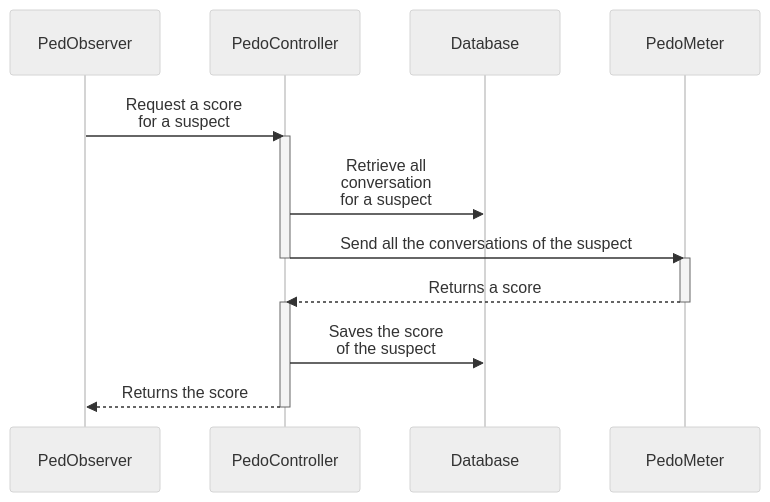
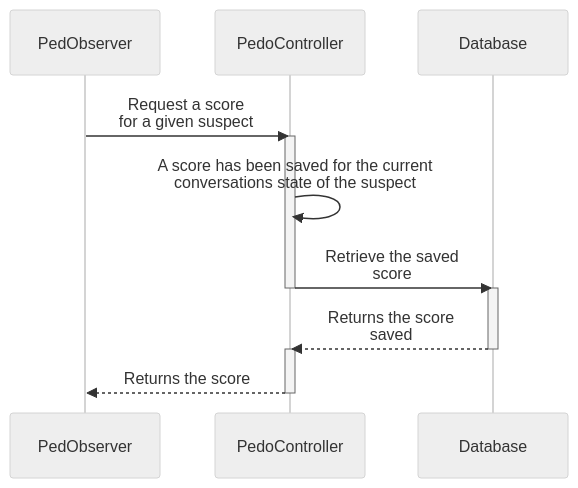
One commit to PedoPot/PedoMeter changed the second of 2 diagrams in README.md. Above: the diagram before and after it, drawn with Mermaid (neutral theme). The commit also changed other lines of this file, not shown here.

````diff
--- a/README.md
+++ b/README.md
@@ -3,15 +26,14 @@
 ```mermaid
 sequenceDiagram
-    PedObserver->>PedoController: Request a score <br>for a suspect
+    PedObserver->>PedoController: Request a score <br>for a given suspect
     activate PedoController
-    PedoController->>Database: Retrieve all<br>conversation<br>for a suspect
-    PedoController->>PedoMeter: Send all the conversations of the suspect
+    PedoController->>PedoController: A score has been saved for the current <br>conversations state of the suspect 
+    PedoController->>Database: Retrieve the saved <br> score
     deactivate PedoController
-    activate PedoMeter
-    PedoMeter-->>PedoController: Returns a score 
-    deactivate PedoMeter
+    activate Database
+    Database-->>PedoController: Returns the score<br>saved
+    deactivate Database
     activate PedoController
-    PedoController->>Database: Saves the score<br>of the suspect
     PedoController-->>PedObserver: Returns the score
     deactivate PedoController
 ```
````
